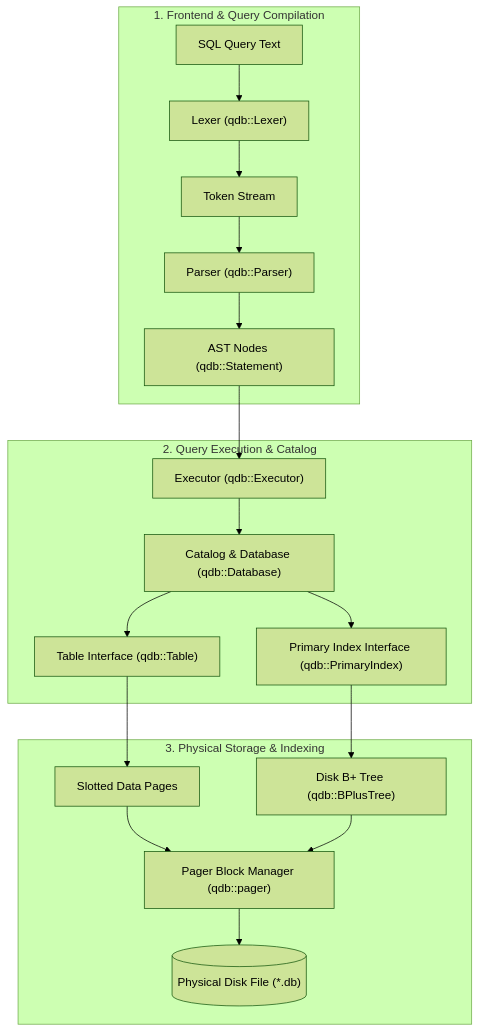
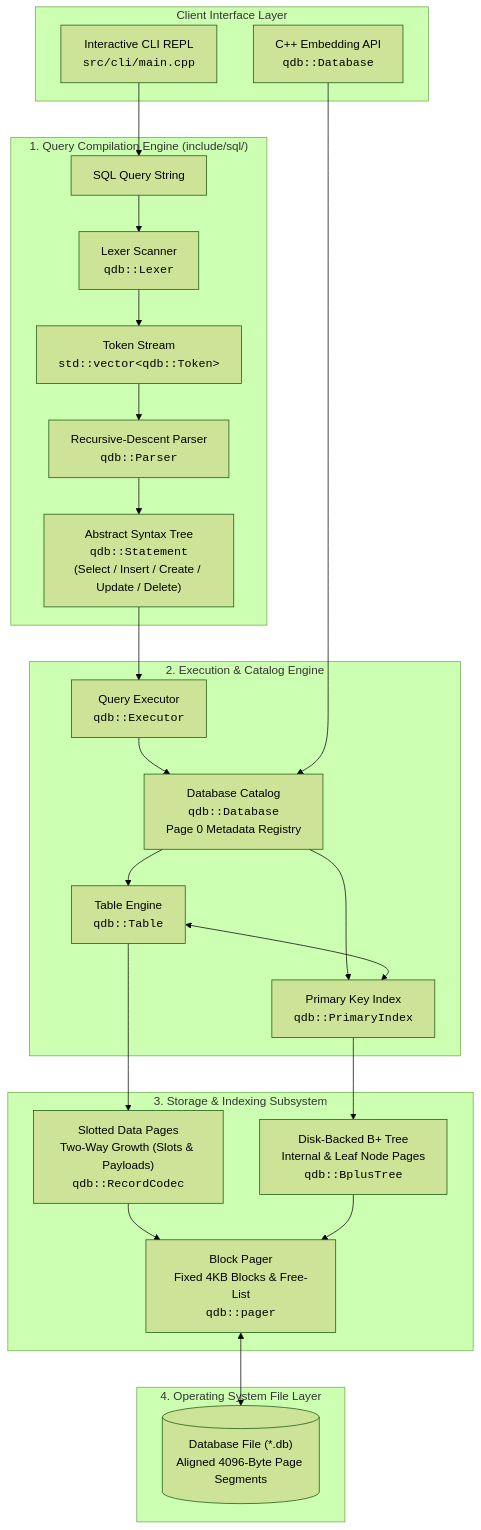
The first of 2 diagrams in docs/architecture/overview.md (KAAZamapiloT/QUARTZ_DB), drawn with Mermaid (forest theme) before and after one commit. The commit also changed other lines of this file and 9 other files, not shown here.

Commit message:
Enhance system & architecture diagrams true to codebase

````diff
--- a/docs/architecture/overview.md
+++ b/docs/architecture/overview.md
@@ -9,24 +13,52 @@
 ```mermaid
 graph TB
-    subgraph Frontend ["1. Frontend & Query Compilation"]
-        A["SQL Query Text"] --> B["Lexer (qdb::Lexer)"]
-        B --> C["Token Stream"]
-        C --> D["Parser (qdb::Parser)"]
-        D --> E["AST Nodes (qdb::Statement)"]
+    subgraph Client ["Client Interface Layer"]
+        CLI["Interactive CLI REPL<br><code>src/cli/main.cpp</code>"]
+        CPP["C++ Embedding API<br><code>qdb::Database</code>"]
     end
 
-    subgraph Middleware ["2. Query Execution & Catalog"]
-        E --> F["Executor (qdb::Executor)"]
-        F --> G["Catalog & Database (qdb::Database)"]
-        G --> H["Table Interface (qdb::Table)"]
-        G --> I["Primary Index Interface (qdb::PrimaryIndex)"]
+    subgraph Compiler ["1. Query Compilation Engine (include/sql/)"]
+        SQL["SQL Query String"]
+        LEX["Lexer Scanner<br><code>qdb::Lexer</code>"]
+        TOK["Token Stream<br><code>std::vector&lt;qdb::Token&gt;</code>"]
+        PARSE["Recursive-Descent Parser<br><code>qdb::Parser</code>"]
+        AST["Abstract Syntax Tree<br><code>qdb::Statement</code><br>(Select / Insert / Create / Update / Delete)"]
+        
+        SQL --> LEX
+        LEX --> TOK
+        TOK --> PARSE
+        PARSE --> AST
     end
 
-    subgraph Backend ["3. Physical Storage & Indexing"]
-        H --> J["Slotted Data Pages"]
-        I --> K["Disk B+ Tree (qdb::BPlusTree)"]
-        J --> L["Pager Block Manager (qdb::pager)"]
-        K --> L
-        L --> M[("Physical Disk File (*.db)")]
+    subgraph Runtime ["2. Execution & Catalog Engine"]
+        EXEC["Query Executor<br><code>qdb::Executor</code>"]
+        CATALOG["Database Catalog<br><code>qdb::Database</code><br>Page 0 Metadata Registry"]
+        TABLE["Table Engine<br><code>qdb::Table</code>"]
+        INDEX["Primary Key Index<br><code>qdb::PrimaryIndex</code>"]
+        
+        AST --> EXEC
+        EXEC --> CATALOG
+        CATALOG --> TABLE
+        CATALOG --> INDEX
+        TABLE <--> INDEX
     end
+
+    subgraph Storage ["3. Storage & Indexing Subsystem"]
+        SLOT["Slotted Data Pages<br>Two-Way Growth (Slots & Payloads)<br><code>qdb::RecordCodec</code>"]
+        BPT["Disk-Backed B+ Tree<br>Internal & Leaf Node Pages<br><code>qdb::BplusTree</code>"]
+        PAGER["Block Pager<br>Fixed 4KB Blocks & Free-List<br><code>qdb::pager</code>"]
+        
+        TABLE --> SLOT
+        INDEX --> BPT
+        SLOT --> PAGER
+        BPT --> PAGER
+    end
+
+    subgraph DiskLayer ["4. Operating System File Layer"]
+        DISK[("Database File (*.db)<br>Aligned 4096-Byte Page Segments")]
+        PAGER <--> DISK
+    end
+
+    CLI --> SQL
+    CPP --> CATALOG
 ```
````
